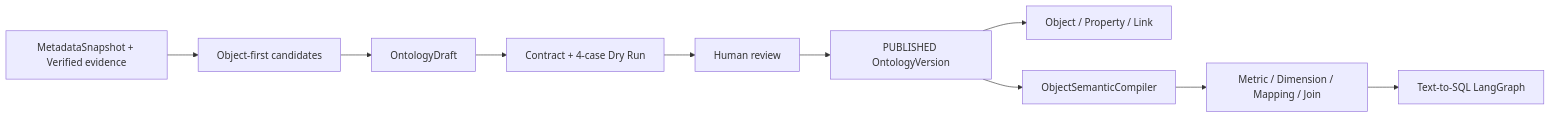
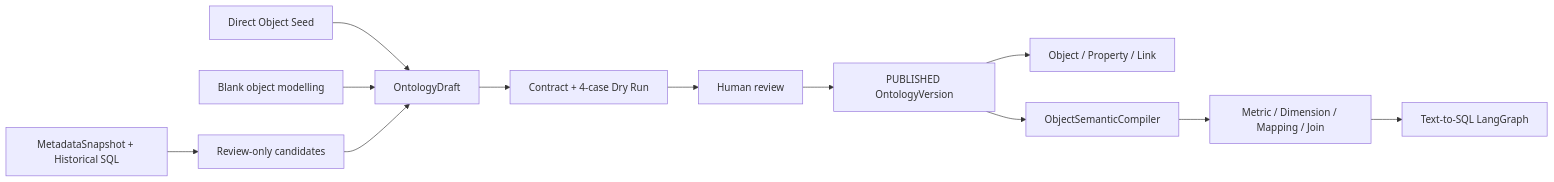
Before and after one commit to BaBaLiBoo/data-asset-agents: the diagram in README.md, drawn with Mermaid. The commit also changed other lines of this file and 2 other files, not shown here.

Commit message:
docs(ontology): document object-first authoring workflow

````diff
--- a/README.md
+++ b/README.md
@@ -55,12 +55,14 @@
 ```mermaid
 flowchart LR
-  M[MetadataSnapshot + Verified evidence] --> C[Object-first candidates]
+  S[Direct Object Seed] --> D[OntologyDraft]
+  B[Blank object modelling] --> D
+  M[MetadataSnapshot + Historical SQL] --> C[Review-only candidates]
   C --> D[OntologyDraft]
   D --> V[Contract + 4-case Dry Run]
   V --> R[Human review]
   R --> P[PUBLISHED OntologyVersion]
   P --> O[Object / Property / Link]
   P --> X[ObjectSemanticCompiler]
   X --> T[Metric / Dimension / Mapping / Join]
   T --> G[Text-to-SQL LangGraph]
 ```
````
